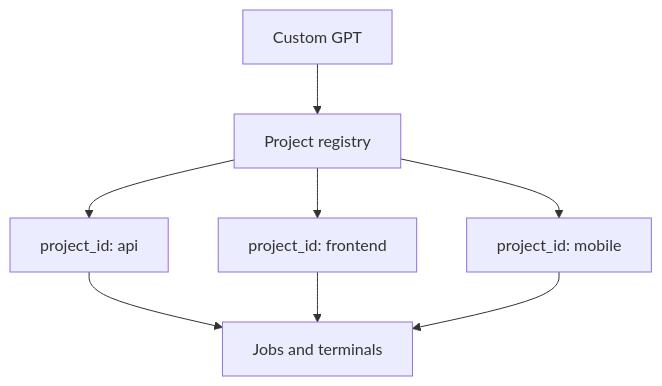
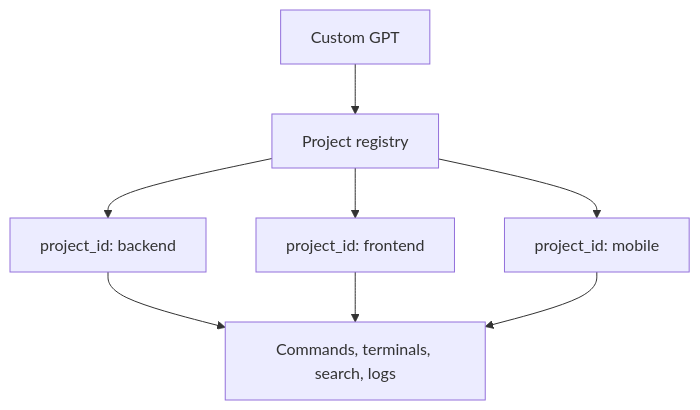
One commit to shahidx0x/gpt-connector changed the third of 3 diagrams in README.md. Above: the diagram before and after it, drawn with Mermaid. The commit also changed other lines of this file, not shown here.

````diff
--- a/README.md
+++ b/README.md
@@ -161,17 +130,14 @@
 ```mermaid
 flowchart TD
     GPT["Custom GPT"]
     Registry["Project registry"]
-    P1["project_id: api"]
-    P2["project_id: frontend"]
-    P3["project_id: mobile"]
-    Jobs["Jobs and terminals"]
+    A["project_id: backend"]
+    B["project_id: frontend"]
+    C["project_id: mobile"]
+    Jobs["Commands, terminals, search, logs"]
 
     GPT --> Registry
-    Registry --> P1
-    Registry --> P2
-    Registry --> P3
-    P1 --> Jobs
-    P2 --> Jobs
-    P3 --> Jobs
+    Registry --> A --> Jobs
+    Registry --> B --> Jobs
+    Registry --> C --> Jobs
 ```
````
